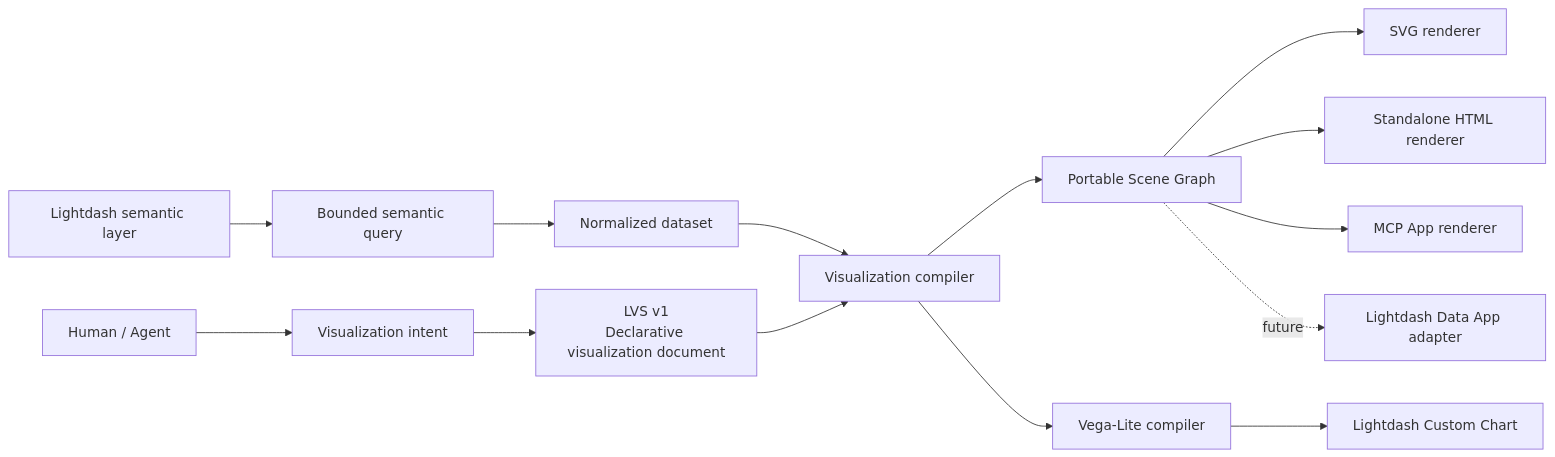
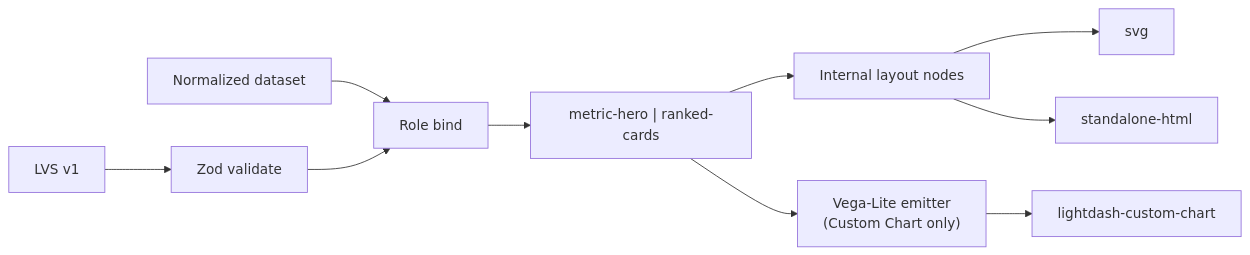
One commit to yu-iskw/lightdash-tools changed the first of 7 diagrams in docs/rfc-visualization-platform.md. Above: the diagram before and after it, drawn with Mermaid. The commit also changed other lines of this file, not shown here.

First line of the commit message:
docs(rfc): narrow visualization platform RFC to MVP scope

````diff
--- a/docs/rfc-visualization-platform.md
+++ b/docs/rfc-visualization-platform.md
@@ -36,19 +31,12 @@
 ```mermaid
 flowchart LR
-    User["Human / Agent"] --> Intent["Visualization intent"]
-    Intent --> LVS["LVS v1\nDeclarative visualization document"]
-
-    Lightdash["Lightdash semantic layer"] --> Query["Bounded semantic query"]
-    Query --> Dataset["Normalized dataset"]
-    Dataset --> Compiler["Visualization compiler"]
-    LVS --> Compiler
-
-    Compiler --> Scene["Portable Scene Graph"]
-    Compiler --> Vega["Vega-Lite compiler"]
-
-    Scene --> SVG["SVG renderer"]
-    Scene --> HTML["Standalone HTML renderer"]
-    Scene --> MCPUI["MCP App renderer"]
-    Vega --> LDChart["Lightdash Custom Chart"]
-    Scene -. future .-> DataApp["Lightdash Data App adapter"]
+    Spec["LVS v1"] --> Validate["Zod validate"]
+    Dataset["Normalized dataset"] --> Bind["Role bind"]
+    Validate --> Bind
+    Bind --> Template["metric-hero | ranked-cards"]
+    Template --> Layout["Internal layout nodes"]
+    Template --> Vega["Vega-Lite emitter\n(Custom Chart only)"]
+    Layout --> SVG["svg"]
+    Layout --> HTML["standalone-html"]
+    Vega --> Custom["lightdash-custom-chart"]
 ```
````
